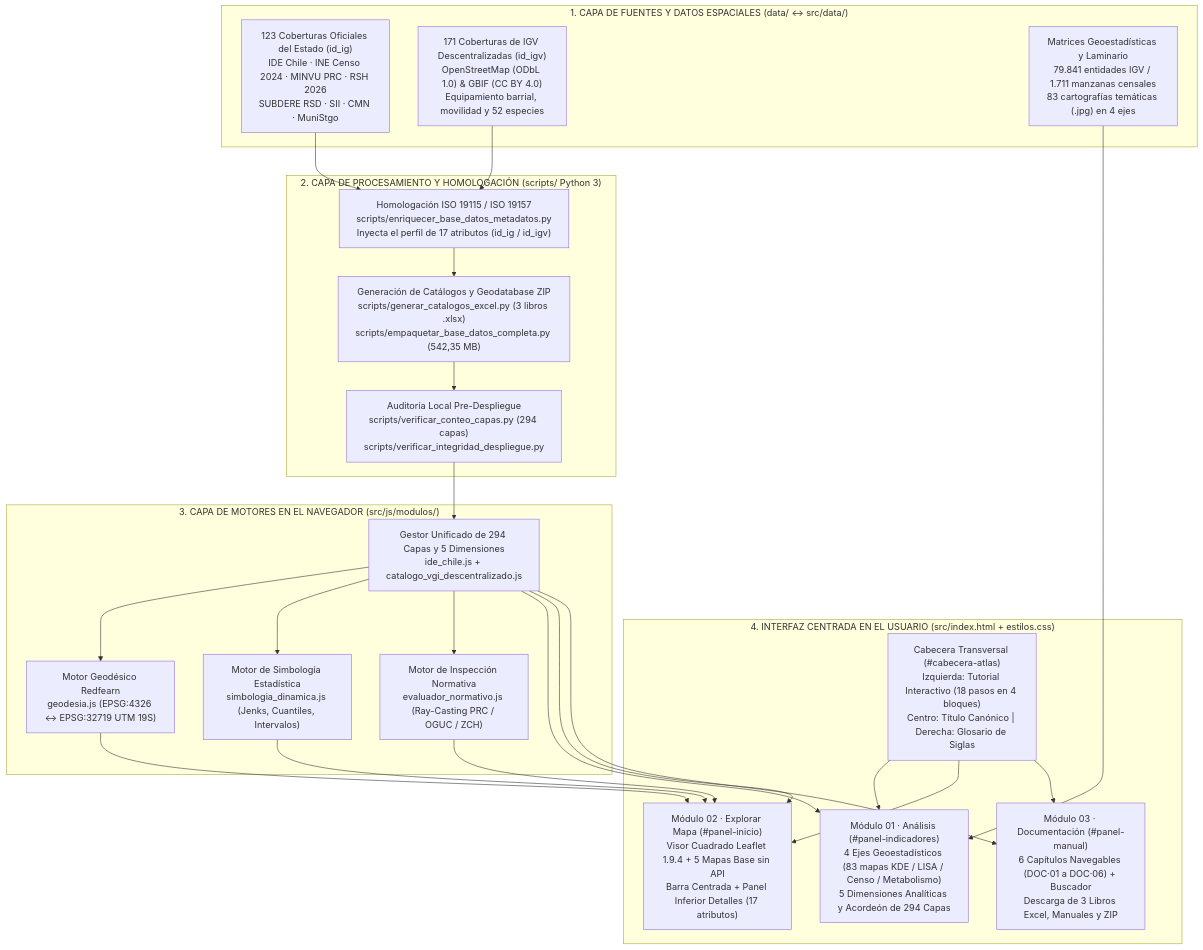
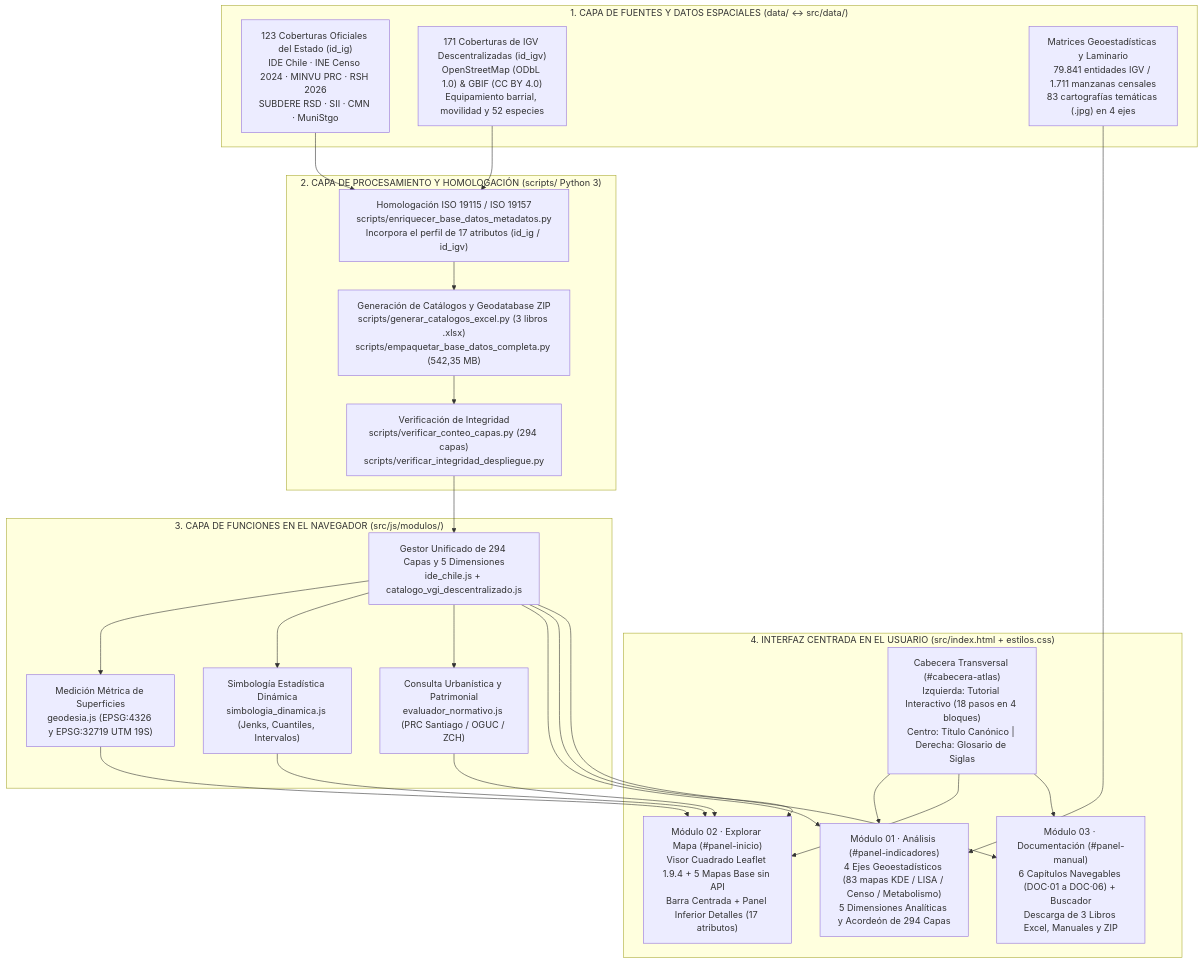
One commit to GEOJOTA/atlas-vgi-barrio-brasil changed the diagram in src/docs/ARQUITECTURA.md. Above: the diagram before and after it, drawn with Mermaid. The commit also changed other lines of this file and 13 other files, not shown here.

````diff
--- a/src/docs/ARQUITECTURA.md
+++ b/src/docs/ARQUITECTURA.md
@@ -26,36 +26,36 @@
 ```mermaid
 flowchart TB
     subgraph CAPA_DATOS["1. CAPA DE FUENTES Y DATOS ESPACIALES (data/ ↔ src/data/)"]
         F_OF["123 Coberturas Oficiales del Estado (id_ig)\nIDE Chile · INE Censo 2024 · MINVU PRC · RSH 2026\nSUBDERE RSD · SII · CMN · MuniStgo"]
         F_IGV["171 Coberturas de IGV Descentralizadas (id_igv)\nOpenStreetMap (ODbL 1.0) & GBIF (CC BY 4.0)\nEquipamiento barrial, movilidad y 52 especies"]
         F_MAT["Matrices Geoestadísticas y Laminario\n79.841 entidades IGV / 1.711 manzanas censales\n83 cartografías temáticas (.jpg) en 4 ejes"]
     end
 
     subgraph CAPA_ETL["2. CAPA DE PROCESAMIENTO Y HOMOLOGACIÓN (scripts/ Python 3)"]
-        S_META["Homologación ISO 19115 / ISO 19157\nscripts/enriquecer_base_datos_metadatos.py\nInyecta el perfil de 17 atributos (id_ig / id_igv)"]
+        S_META["Homologación ISO 19115 / ISO 19157\nscripts/enriquecer_base_datos_metadatos.py\nIncorpora el perfil de 17 atributos (id_ig / id_igv)"]
         S_XLSX["Generación de Catálogos y Geodatabase ZIP\nscripts/generar_catalogos_excel.py (3 libros .xlsx)\nscripts/empaquetar_base_datos_completa.py (542,35 MB)"]
-        S_AUD["Auditoría Local Pre-Despliegue\nscripts/verificar_conteo_capas.py (294 capas)\nscripts/verificar_integridad_despliegue.py"]
+        S_AUD["Verificación de Integridad\nscripts/verificar_conteo_capas.py (294 capas)\nscripts/verificar_integridad_despliegue.py"]
     end
 
-    subgraph CAPA_MOTORES["3. CAPA DE MOTORES EN EL NAVEGADOR (src/js/modulos/)"]
+    subgraph CAPA_MOTORES["3. CAPA DE FUNCIONES EN EL NAVEGADOR (src/js/modulos/)"]
         M_CAT["Gestor Unificado de 294 Capas y 5 Dimensiones\nide_chile.js + catalogo_vgi_descentralizado.js"]
-        M_GEO["Motor Geodésico Redfearn\ngeodesia.js (EPSG:4326 ↔ EPSG:32719 UTM 19S)"]
-        M_SIM["Motor de Simbología Estadística\nsimbologia_dinamica.js (Jenks, Cuantiles, Intervalos)"]
-        M_PRC["Motor de Inspección Normativa\nevaluador_normativo.js (Ray-Casting PRC / OGUC / ZCH)"]
+        M_GEO["Medición Métrica de Superficies\ngeodesia.js (EPSG:4326 y EPSG:32719 UTM 19S)"]
+        M_SIM["Simbología Estadística Dinámica\nsimbologia_dinamica.js (Jenks, Cuantiles, Intervalos)"]
+        M_PRC["Consulta Urbanística y Patrimonial\nevaluador_normativo.js (PRC Santiago / OGUC / ZCH)"]
     end
 
     subgraph CAPA_UI["4. INTERFAZ CENTRADA EN EL USUARIO (src/index.html + estilos.css)"]
         UI_CAB["Cabecera Transversal (#cabecera-atlas)\nIzquierda: Tutorial Interactivo (18 pasos en 4 bloques)\nCentro: Título Canónico | Derecha: Glosario de Siglas"]
         UI_M1["Módulo 01 · Análisis (#panel-indicadores)\n4 Ejes Geoestadísticos (83 mapas KDE / LISA / Censo / Metabolismo)\n5 Dimensiones Analíticas y Acordeón de 294 Capas"]
         UI_M2["Módulo 02 · Explorar Mapa (#panel-inicio)\nVisor Cuadrado Leaflet 1.9.4 + 5 Mapas Base sin API\nBarra Centrada + Panel Inferior Detalles (17 atributos)"]
         UI_M3["Módulo 03 · Documentación (#panel-manual)\n6 Capítulos Navegables (DOC·01 a DOC·06) + Buscador\nDescarga de 3 Libros Excel, Manuales y ZIP"]
     end
 
     F_OF & F_IGV --> S_META --> S_XLSX --> S_AUD
     S_AUD --> M_CAT
     F_MAT --> UI_M1
     M_CAT --> M_GEO & M_SIM & M_PRC
     M_CAT --> UI_M1 & UI_M2 & UI_M3
     M_GEO & M_SIM & M_PRC --> UI_M2
     UI_CAB --> UI_M1 & UI_M2 & UI_M3
 ```
````
